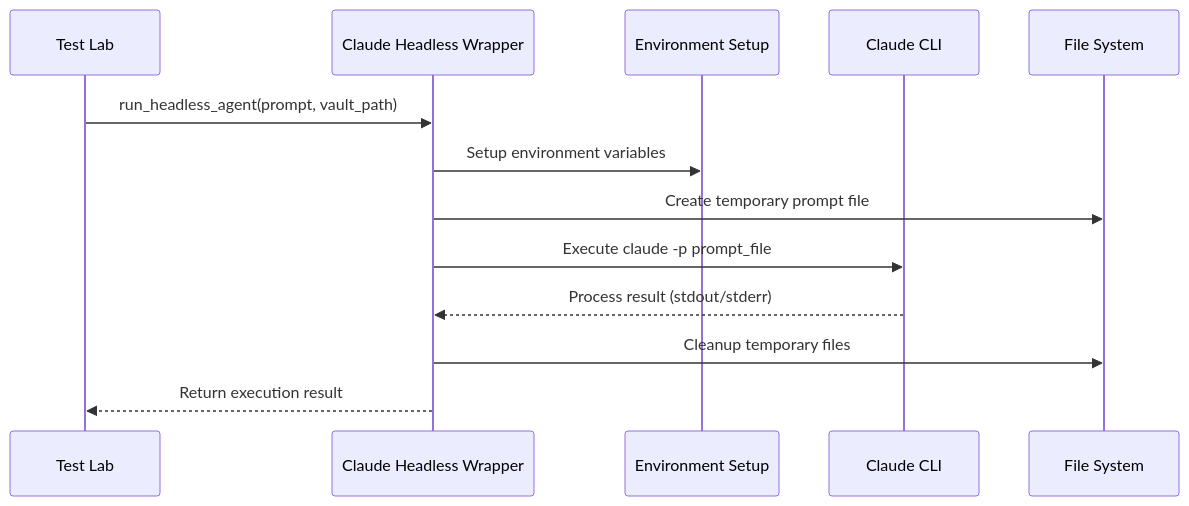
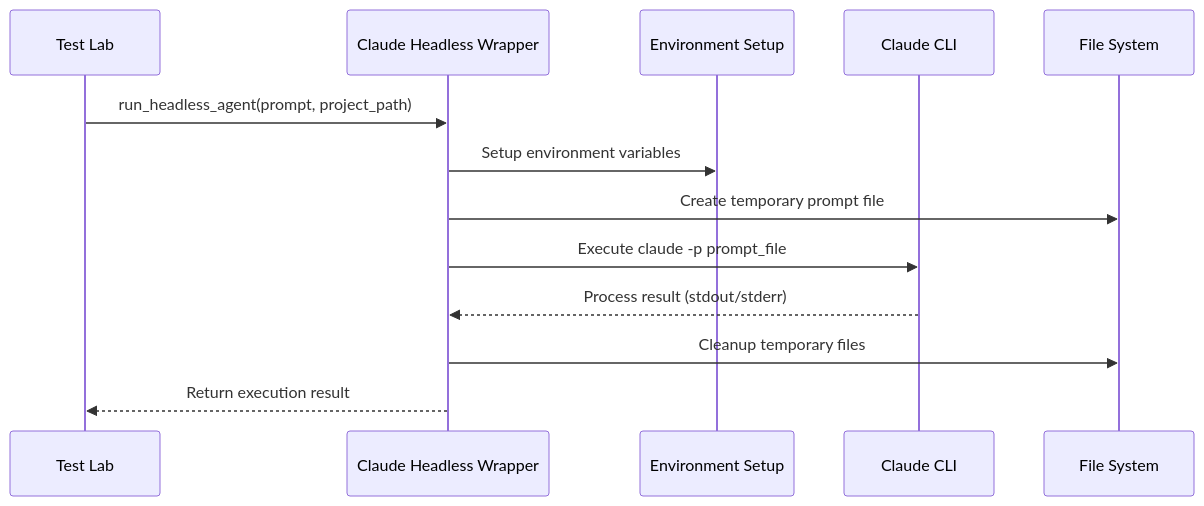
Before and after one commit to voicetreelab/voicetree: the third of 7 diagrams in tools/tests/system/test_lab/ARCHITECTURE.md, drawn with Mermaid. The commit also changed other lines of this file and 1020 other files, not shown here.

First line of the commit message:
refactor(project): remove legacy path vocabulary

````diff
--- a/tools/tests/system/test_lab/ARCHITECTURE.md
+++ b/tools/tests/system/test_lab/ARCHITECTURE.md
@@ -103,16 +103,16 @@
 ```mermaid
 sequenceDiagram
     participant TL as Test Lab
     participant CHW as Claude Headless Wrapper
     participant ENV as Environment Setup
     participant CLI as Claude CLI
     participant FS as File System
     
-    TL->>CHW: run_headless_agent(prompt, vault_path)
+    TL->>CHW: run_headless_agent(prompt, project_path)
     CHW->>ENV: Setup environment variables
     CHW->>FS: Create temporary prompt file
     CHW->>CLI: Execute claude -p prompt_file
     CLI-->>CHW: Process result (stdout/stderr)
     CHW->>FS: Cleanup temporary files
     CHW-->>TL: Return execution result
 ```
````
